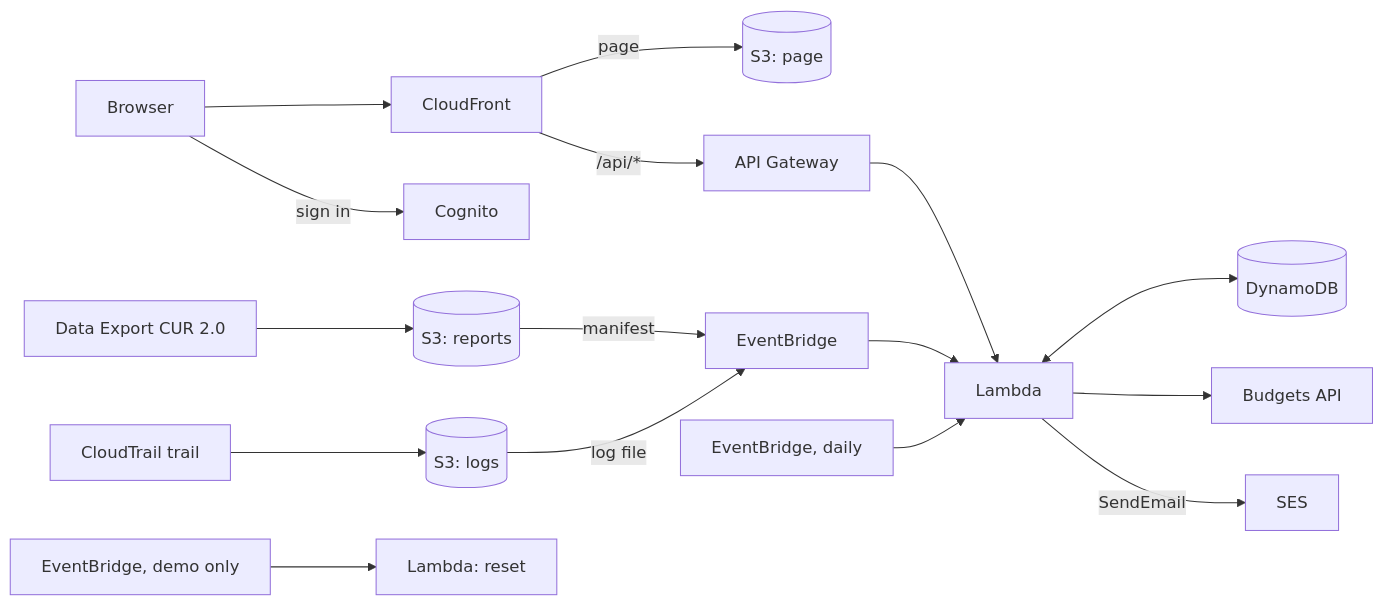
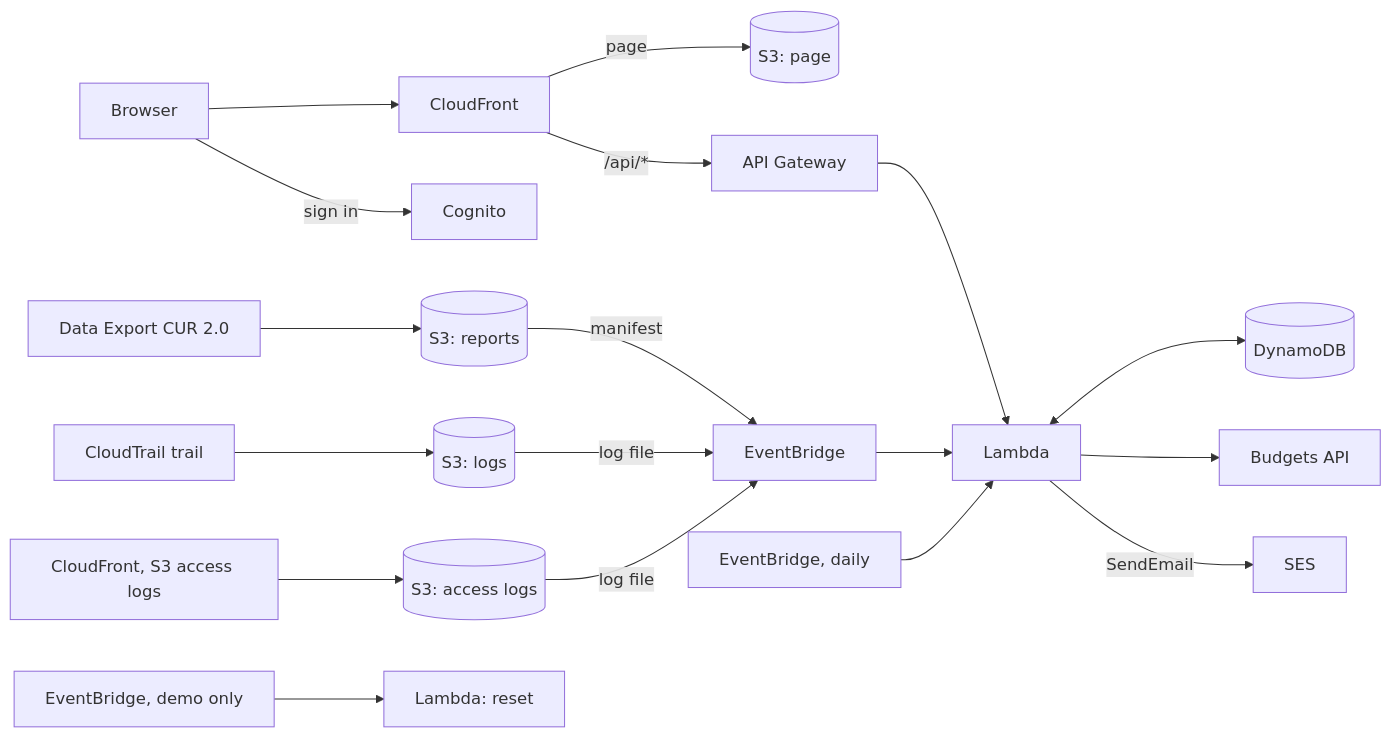
Before and after one commit to Tozapid/account-serverless-aws: the diagram in README.md, drawn with Mermaid. The commit also changed other lines of this file and 22 other files, not shown here.

````diff
--- a/README.md
+++ b/README.md
@@ -41,17 +44,19 @@
 ```mermaid
 flowchart LR
   B[Browser] --> CF[CloudFront]
   CF -->|page| WEB[(S3: page)]
   CF -->|/api/*| API[API Gateway] --> L[Lambda]
   B -->|sign in| COG[Cognito]
   EXP[Data Export CUR 2.0] --> REP[(S3: reports)]
   CT[CloudTrail trail] --> LOGS[(S3: logs)]
+  ACC[CloudFront, S3 access logs] --> ALOGS[(S3: access logs)]
   REP -->|manifest| EB[EventBridge]
   LOGS -->|log file| EB
+  ALOGS -->|log file| EB
   EB --> L
   EB2[EventBridge, daily] --> L
   L <--> DB[(DynamoDB)]
   L --> BUD[Budgets API]
   L -->|SendEmail| SES[SES]
   EB3[EventBridge, demo only] --> R[Lambda: reset]
 ```
````
